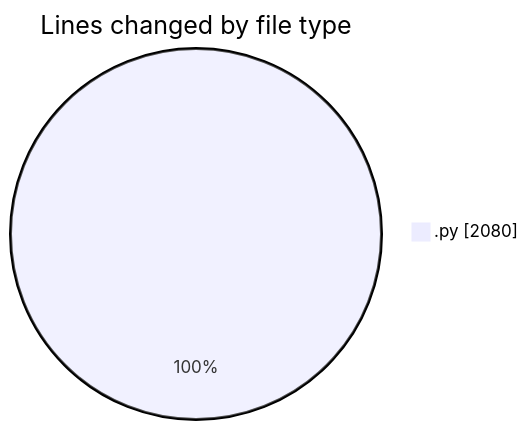
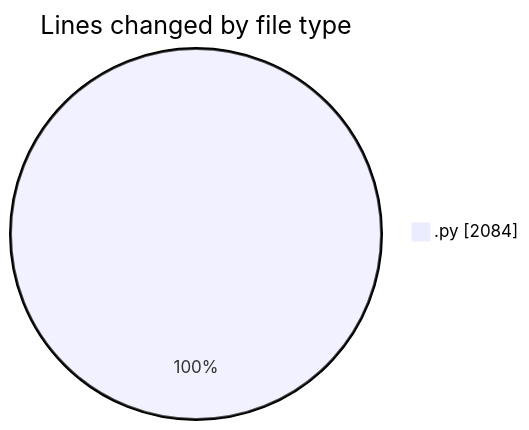
Before and after one commit to MatusMokan/code-tracking: the first of 2 diagrams in 2025-04-19/myws__workspace_/README.md, drawn with Mermaid. The commit also changed other lines of this file and 1 other file, not shown here.

````diff
--- a/2025-04-19/myws__workspace_/README.md
+++ b/2025-04-19/myws__workspace_/README.md
@@ -23,5 +23,5 @@
 ```mermaid
 pie showData
 title Lines changed by file type
-".py" : 2080
+".py" : 2084
 ```
````
